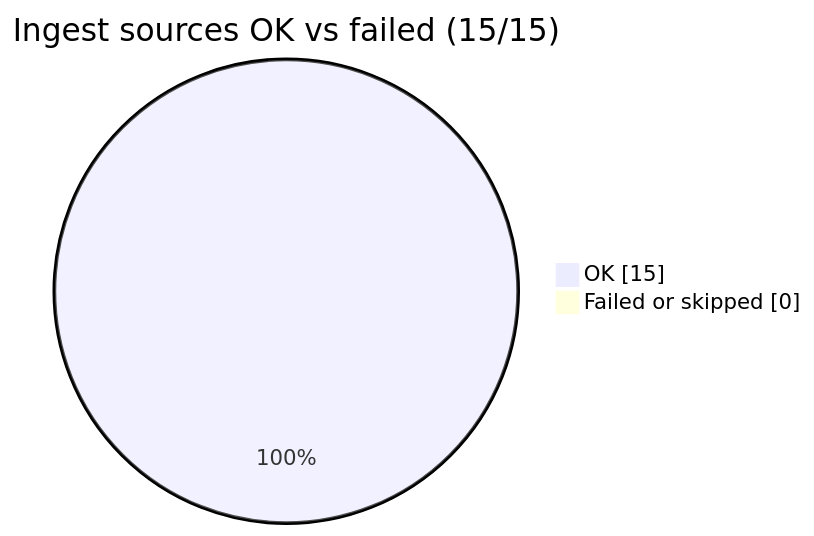
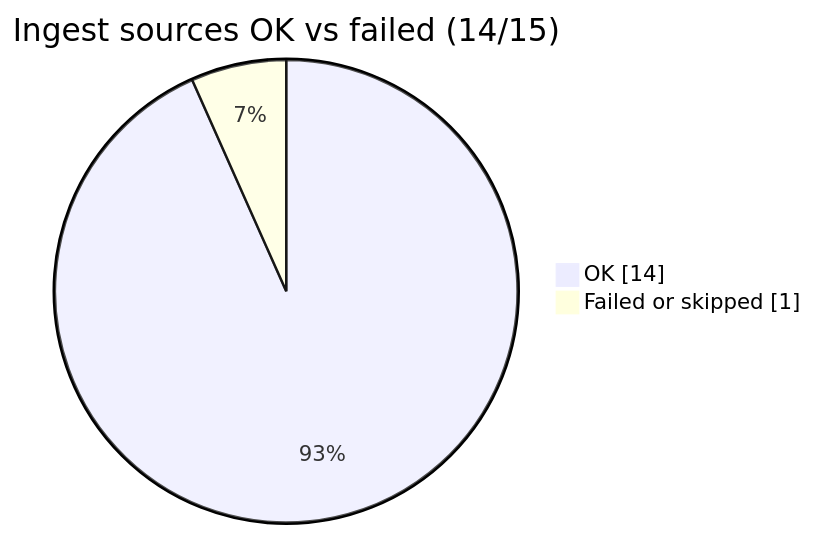
Before and after one commit to Midwest-Stratospheric/aerostratospheric-defense-gir: the third of 6 diagrams in docs/GRAPHS.md, drawn with Mermaid. The commit also changed other lines of this file and 14 other files, not shown here.

````diff
--- a/docs/GRAPHS.md
+++ b/docs/GRAPHS.md
@@ -37,6 +37,6 @@
 ```mermaid
 pie showData
-  title Ingest sources OK vs failed (15/15)
-  "OK" : 15
-  "Failed or skipped" : 0
+  title Ingest sources OK vs failed (14/15)
+  "OK" : 14
+  "Failed or skipped" : 1
 ```
````
